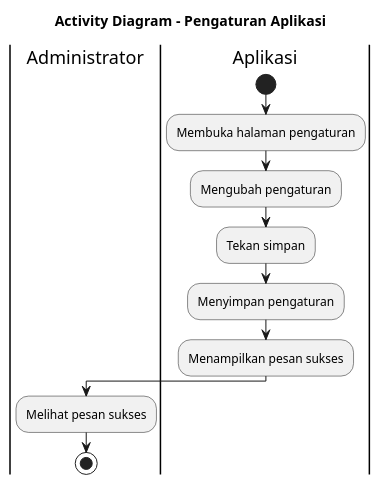
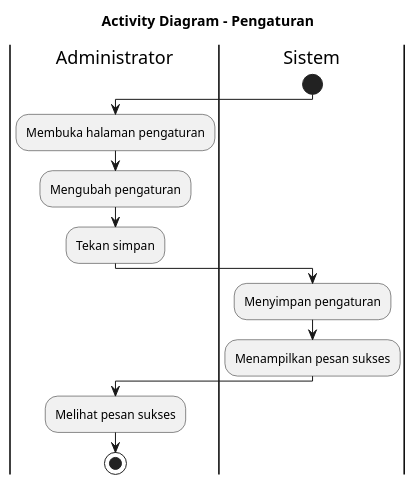
One commit to juntralala/e-atk changed the diagram in docs/activity/setting.plantuml. Above: the diagram before and after it, drawn with PlantUML. The commit also changed 38 other files, not shown here.

```diff
--- a/docs/activity/setting.plantuml
+++ b/docs/activity/setting.plantuml
@@ -1,18 +1,19 @@
-@startuml Activity Diagram - Pengaturan Aplikasi
-title Activity Diagram - Pengaturan Aplikasi
+@startuml Activity Diagram - Pengaturan
+title Activity Diagram - Pengaturan
 |actor1|Administrator
-|Sistem|Aplikasi
+|Sistem|
 start
+|actor1|
 :Membuka halaman pengaturan;
 :Mengubah pengaturan;
 :Tekan simpan;
 
 |Sistem|
 :Menyimpan pengaturan;
 :Menampilkan pesan sukses;
 
 |actor1|
 :Melihat pesan sukses;
 
 stop
 @enduml
```
